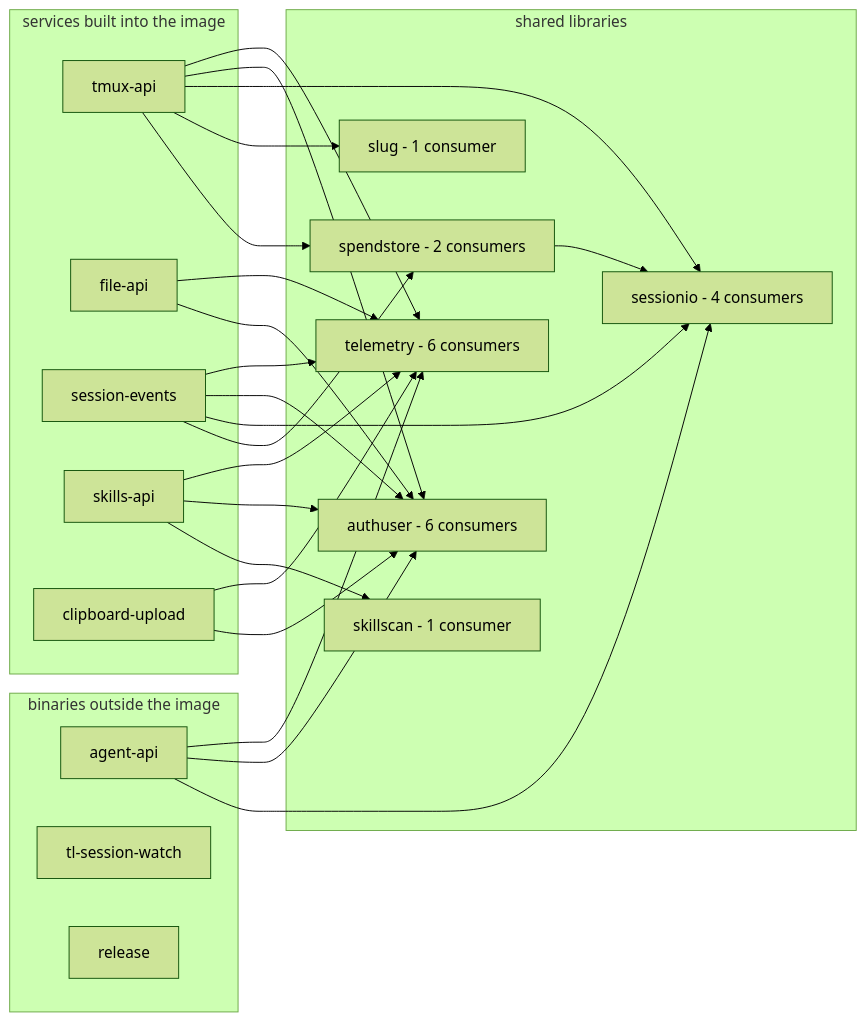
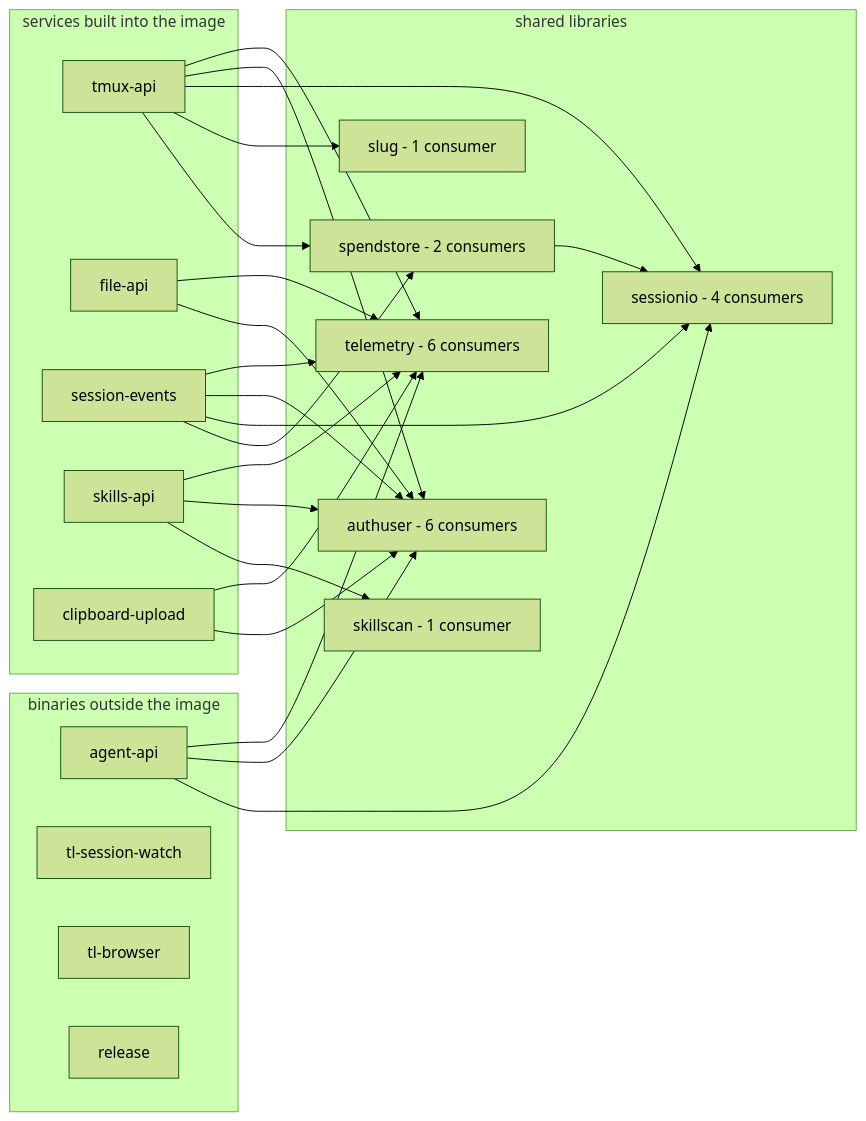
The diagram in docs/architecture.md (ViktorBarzin/terminal-lobby), drawn with Mermaid (forest theme) before and after one commit. The commit also changed other lines of this file and 10 other files, not shown here.

````diff
--- a/docs/architecture.md
+++ b/docs/architecture.md
@@ -36,44 +40,45 @@
 ```mermaid
 flowchart LR
   subgraph libs["shared libraries"]
     telemetry["telemetry - 6 consumers"]
     authuser["authuser - 6 consumers"]
     sessionio["sessionio - 4 consumers"]
     slug["slug - 1 consumer"]
     skillscan["skillscan - 1 consumer"]
     spendstore["spendstore - 2 consumers"]
   end
   subgraph shipped["services built into the image"]
     tmuxapi["tmux-api"]
     fileapi["file-api"]
     sessionevents["session-events"]
     skillsapi["skills-api"]
     clipboard["clipboard-upload"]
   end
   subgraph standalone["binaries outside the image"]
     agentapi["agent-api"]
     watch["tl-session-watch"]
+    tlbrowser["tl-browser"]
     release["release"]
   end
 
   tmuxapi --> telemetry
   tmuxapi --> authuser
   tmuxapi --> sessionio
   tmuxapi --> slug
   tmuxapi --> spendstore
   fileapi --> telemetry
   fileapi --> authuser
   sessionevents --> telemetry
   sessionevents --> authuser
   sessionevents --> sessionio
   sessionevents --> spendstore
   spendstore --> sessionio
   skillsapi --> telemetry
   skillsapi --> authuser
   skillsapi --> skillscan
   clipboard --> telemetry
   clipboard --> authuser
   agentapi --> telemetry
   agentapi --> authuser
   agentapi --> sessionio
 ```
````
